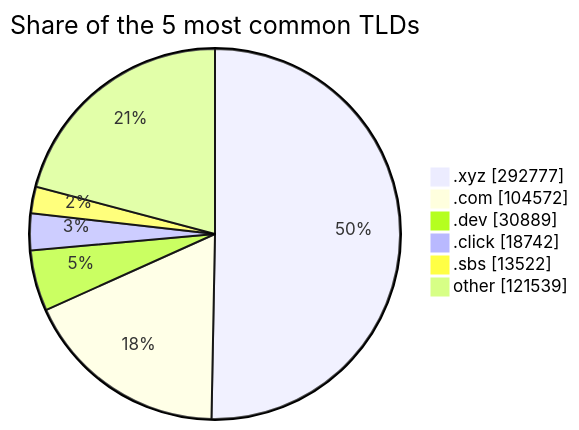
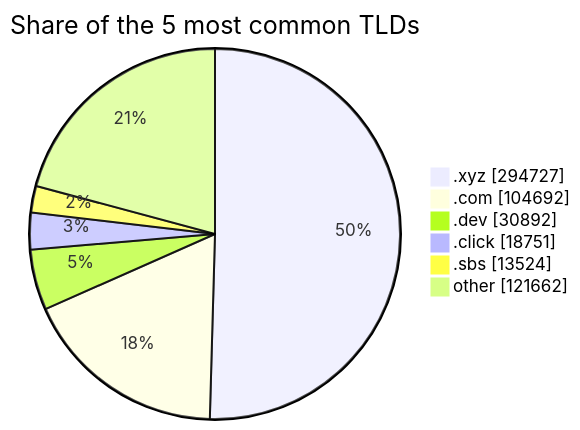
One commit to DNSBunker/CTI changed the third of 3 diagrams in README.md. Above: the diagram before and after it, drawn with Mermaid. The commit also changed other lines of this file and 3 other files, not shown here.

````diff
--- a/README.md
+++ b/README.md
@@ -81,9 +81,9 @@
 ```mermaid
 pie showData title Share of the 5 most common TLDs
-    ".xyz" : 292777
-    ".com" : 104572
-    ".dev" : 30889
-    ".click" : 18742
-    ".sbs" : 13522
-    "other" : 121539
+    ".xyz" : 294727
+    ".com" : 104692
+    ".dev" : 30892
+    ".click" : 18751
+    ".sbs" : 13524
+    "other" : 121662
 ```
````
